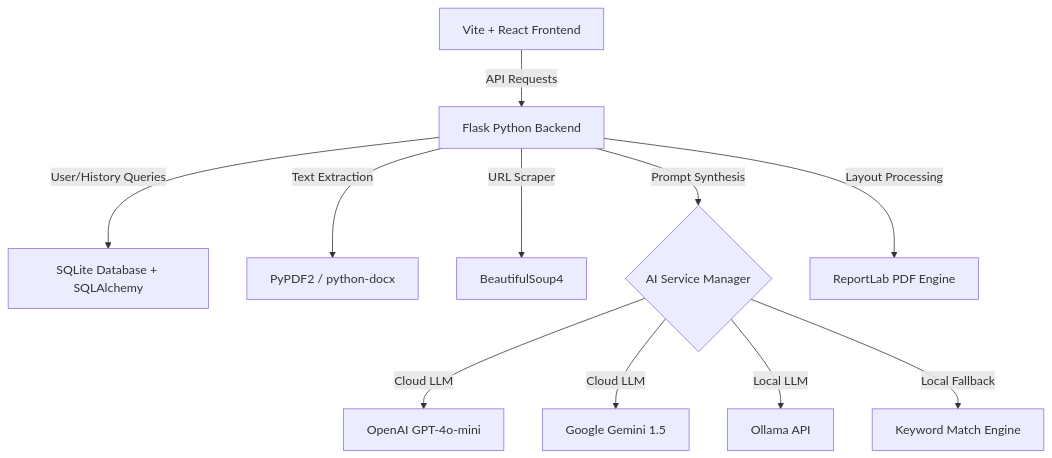
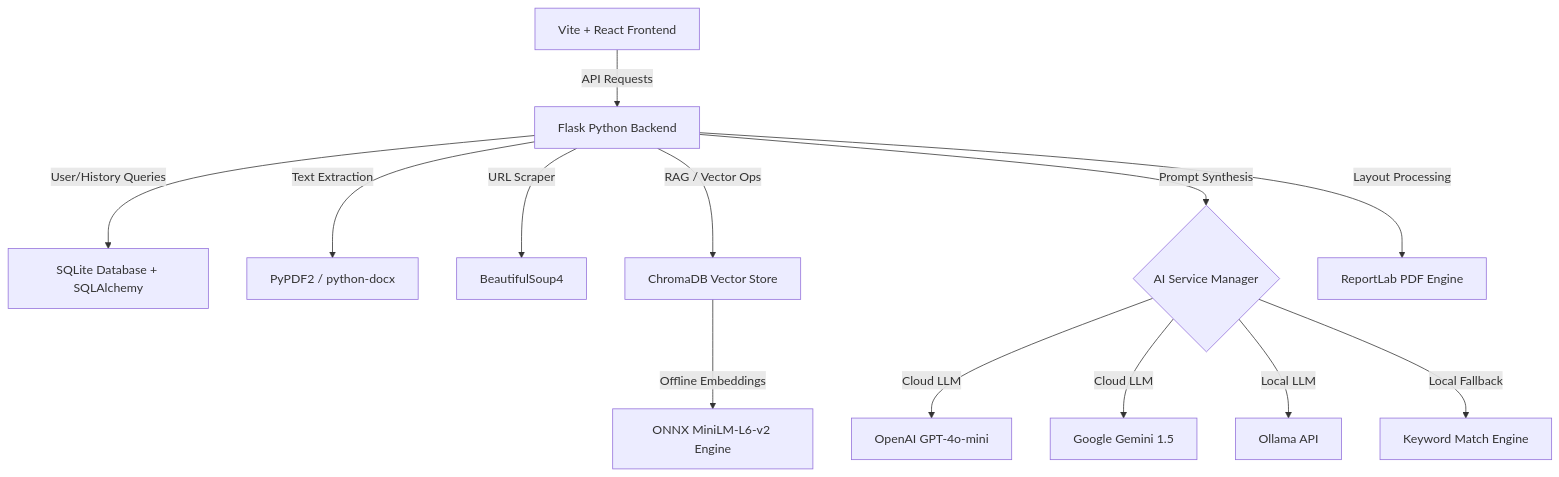
Before and after one commit to solmyst/ai-resume-tailor: the diagram in README.md, drawn with Mermaid. The commit also changed other lines of this file and 9 other files, not shown here.

Commit message:
feat: integrate chroma RAG persistent vector store, resume format validation guard, and render port binding

````diff
--- a/README.md
+++ b/README.md
@@ -38,13 +40,15 @@
 ```mermaid
 graph TD
     A[Vite + React Frontend] -->|API Requests| B[Flask Python Backend]
     B -->|User/History Queries| C[SQLite Database + SQLAlchemy]
     B -->|Text Extraction| D[PyPDF2 / python-docx]
     B -->|URL Scraper| E[BeautifulSoup4]
+    B -->|RAG / Vector Ops| L[ChromaDB Vector Store]
+    L -->|Offline Embeddings| M[ONNX MiniLM-L6-v2 Engine]
     B -->|Prompt Synthesis| F{AI Service Manager}
     F -->|Cloud LLM| G[OpenAI GPT-4o-mini]
     F -->|Cloud LLM| H[Google Gemini 1.5]
     F -->|Local LLM| I[Ollama API]
     F -->|Local Fallback| J[Keyword Match Engine]
     B -->|Layout Processing| K[ReportLab PDF Engine]
 ```
````
